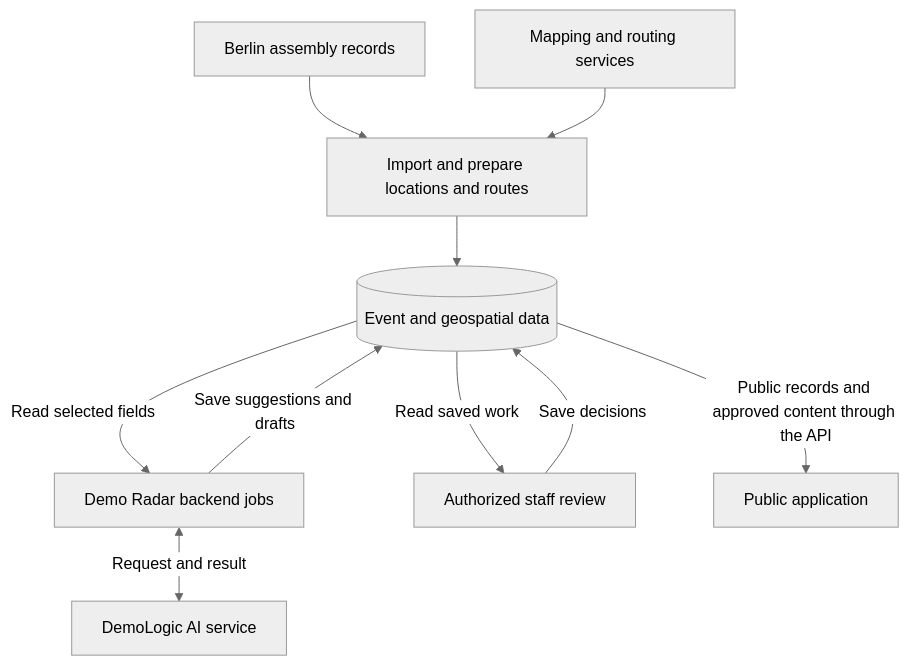
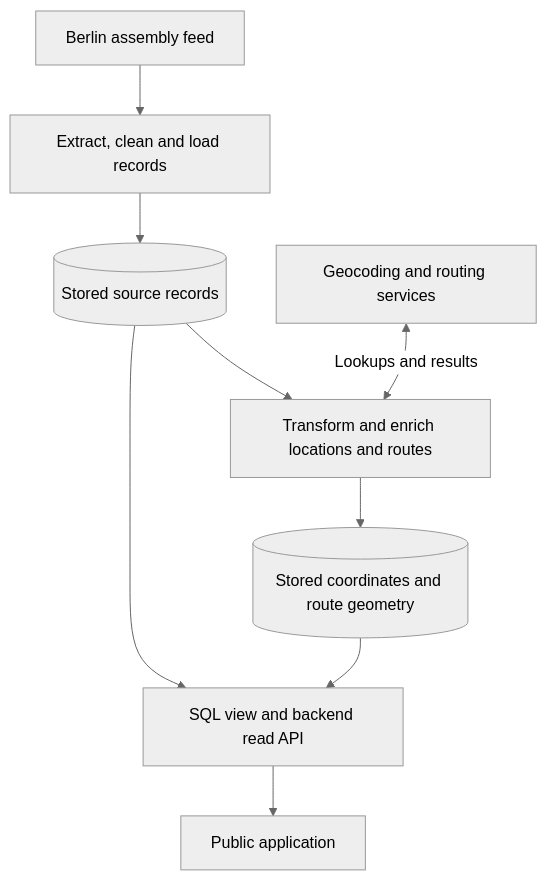
Before and after one commit to demo-radar/demo-radar-saas: the first of 2 diagrams in docs/architecture.md, drawn with Mermaid (neutral theme). The commit also changed other lines of this file and 2 other files, not shown here.

Commit message:
docs: simplify the overview and clarify the data pipeline

````diff
--- a/docs/architecture.md
+++ b/docs/architecture.md
@@ -8,12 +12,11 @@
 ```mermaid
 flowchart TB
-    Source[Berlin assembly records] --> Import[Import and prepare locations and routes]
-    Mapping[Mapping and routing services] --> Import
-    Import --> Data[(Event and geospatial data)]
-    Data -->|Read selected fields| Jobs[Demo Radar backend jobs]
-    Jobs <-->|Request and result| Logic[DemoLogic AI service]
-    Jobs -->|Save suggestions and drafts| Data
-    Data -->|Read saved work| Staff[Authorized staff review]
-    Staff -->|Save decisions| Data
-    Data -->|Public records and approved content through the API| Public[Public application]
+    Source[Berlin assembly feed] --> Import[Extract, clean and load records]
+    Import --> Records[(Stored source records)]
+    Records --> Enrich[Transform and enrich locations and routes]
+    Mapping[Geocoding and routing services] <-->|Lookups and results| Enrich
+    Enrich --> Geography[(Stored coordinates and route geometry)]
+    Records --> Read[SQL view and backend read API]
+    Geography --> Read
+    Read --> Public[Public application]
 ```
````
